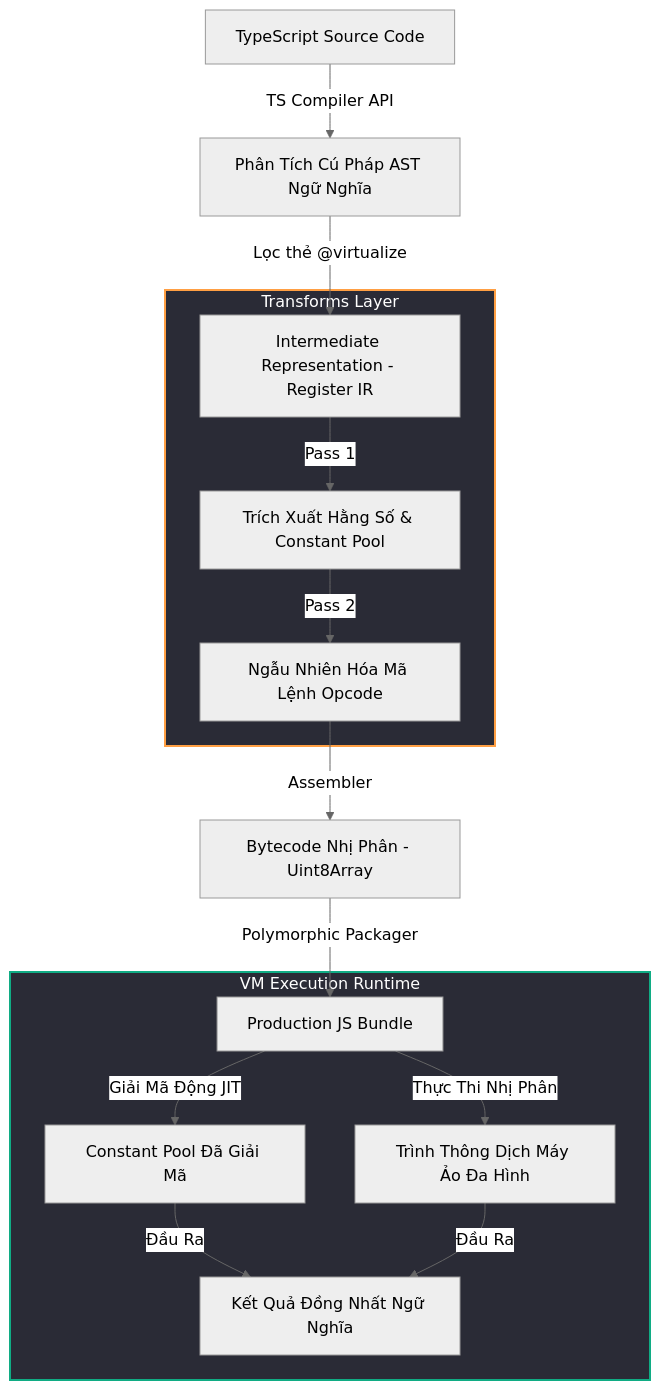
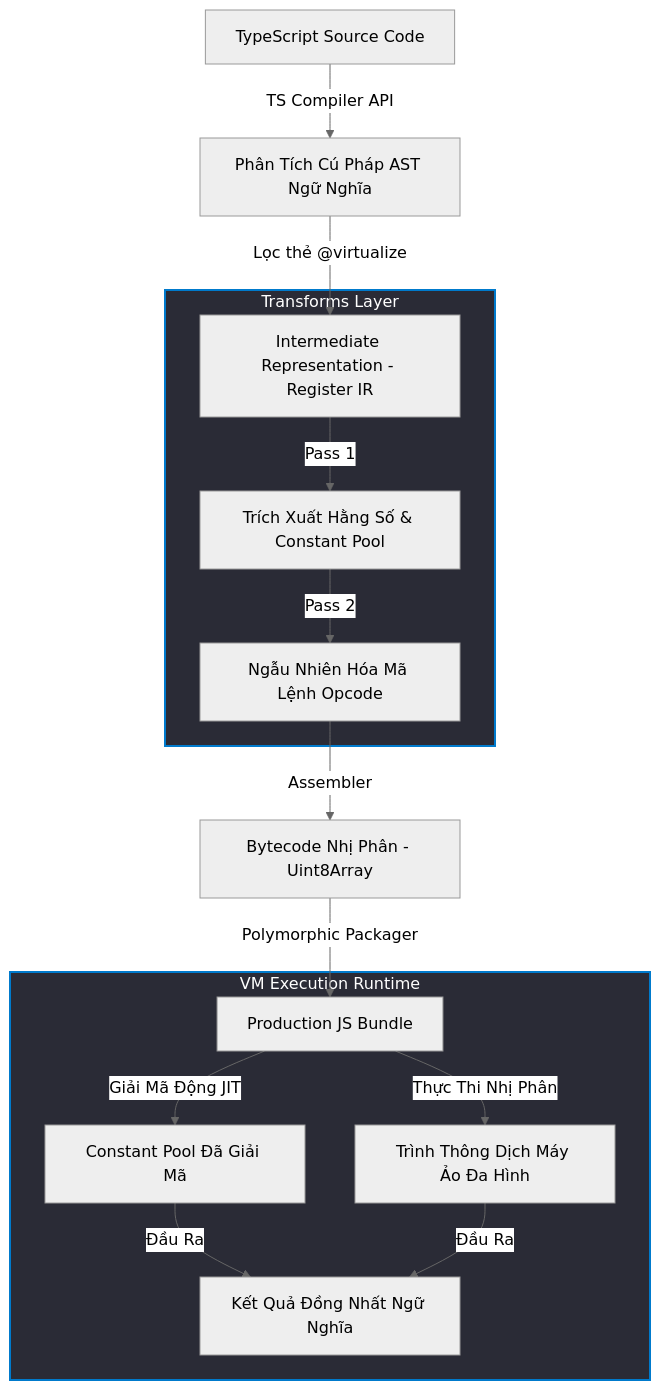
Before and after one commit to Tr0ngX/ts-vm-obfuscator: the diagram in README_VN.md, drawn with Mermaid (neutral theme). The commit also changed 1 other file, not shown here.

Commit message:
style: unify Mermaid diagram colors to single brand color

````diff
--- a/README_VN.md
+++ b/README_VN.md
@@ -37,22 +37,22 @@
 ```mermaid
 graph TD
     A[TypeScript Source Code] -->|TS Compiler API| B[Phân Tích Cú Pháp AST Ngữ Nghĩa]
     B -->|Lọc thẻ @virtualize| C[Intermediate Representation - Register IR]
     
     subgraph TransformsLayer ["Transforms Layer"]
         C -->|Pass 1| D[Trích Xuất Hằng Số & Constant Pool]
         D -->|Pass 2| E[Ngẫu Nhiên Hóa Mã Lệnh Opcode]
     end
 
     E -->|Assembler| F[Bytecode Nhị Phân - Uint8Array]
     F -->|Polymorphic Packager| G[Production JS Bundle]
     
     subgraph VMExecutionRuntime ["VM Execution Runtime"]
         G -->|Giải Mã Động JIT| H[Constant Pool Đã Giải Mã]
         G -->|Thực Thi Nhị Phân| I[Trình Thông Dịch Máy Ảo Đa Hình]
         H & I -->|Đầu Ra| J[Kết Quả Đồng Nhất Ngữ Nghĩa]
     end
     
-    style TransformsLayer fill:#2a2b36,stroke:#ff9f43,stroke-width:2px,color:#ffffff;
-    style VMExecutionRuntime fill:#2a2b36,stroke:#10ac84,stroke-width:2px,color:#ffffff;
+    style TransformsLayer fill:#2a2b36,stroke:#007acc,stroke-width:2px,color:#ffffff;
+    style VMExecutionRuntime fill:#2a2b36,stroke:#007acc,stroke-width:2px,color:#ffffff;
 ```
````
